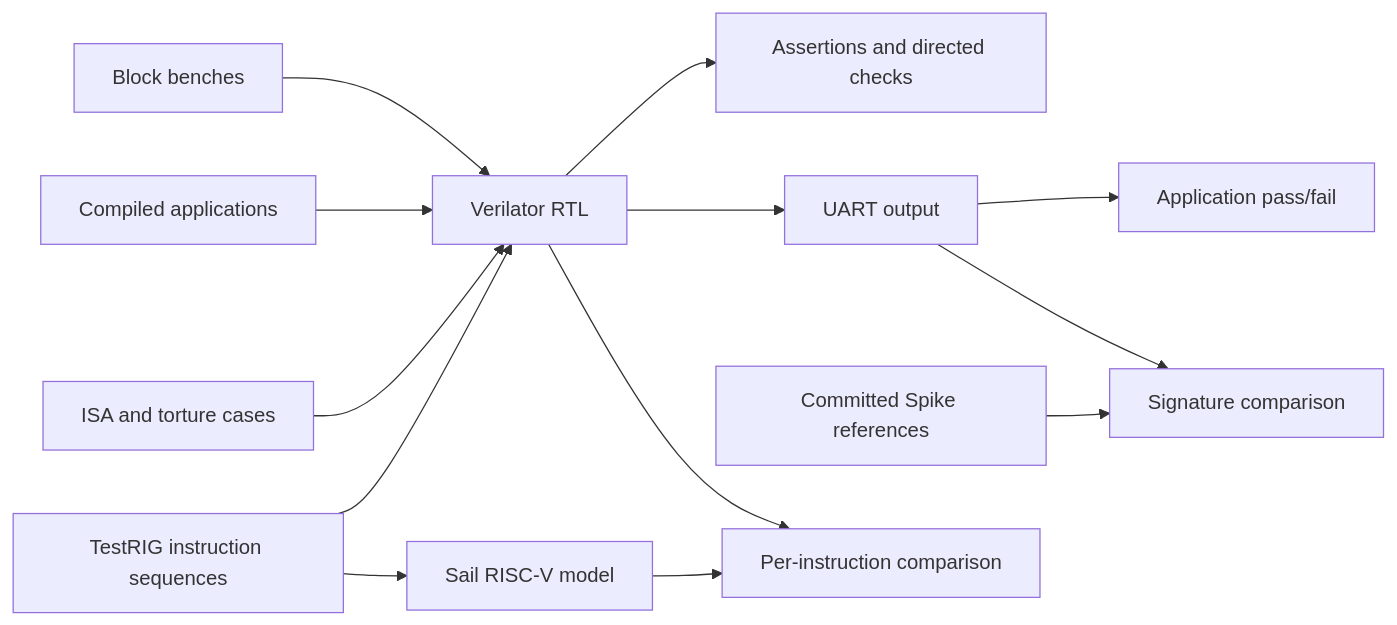
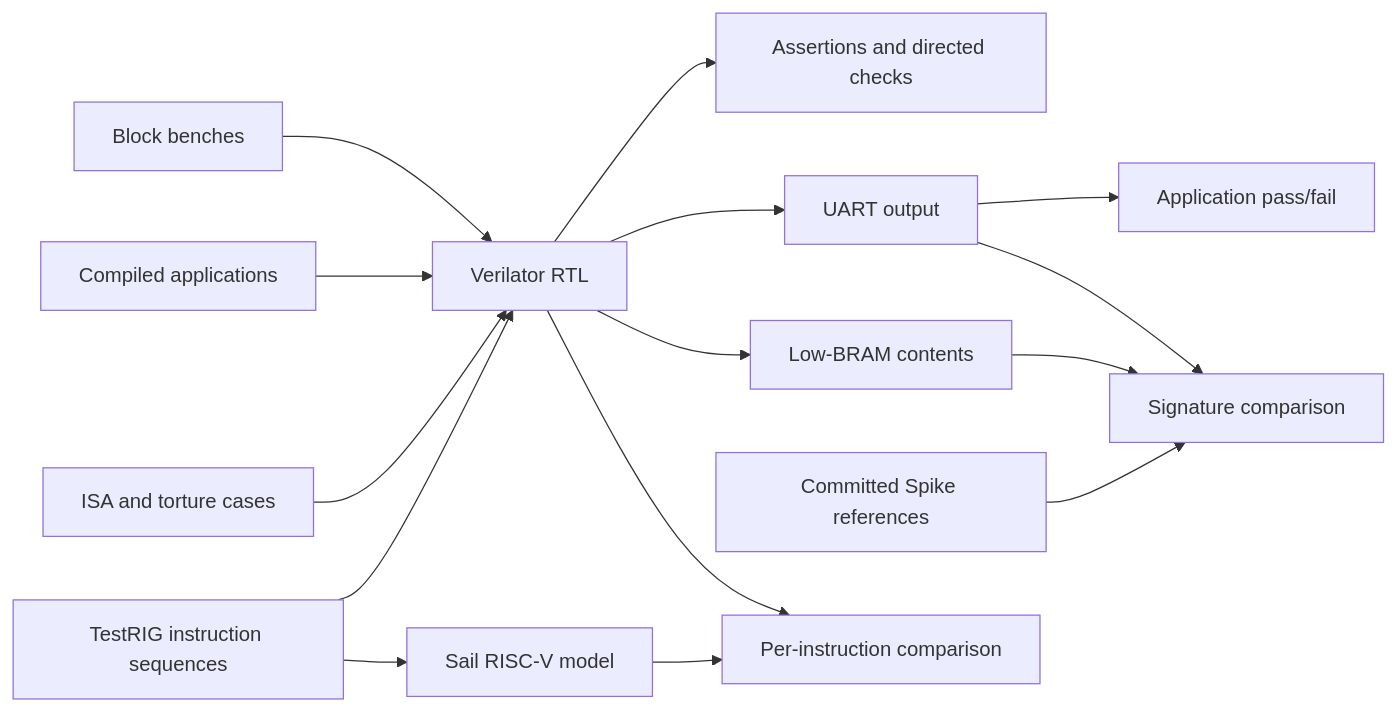
The diagram in verif/README.md (twosigma/frost), drawn with Mermaid before and after one commit. The commit also changed 14 other files, not shown here.

First line of the commit message:
arch_test: read signatures from low BRAM instead of the UART

````diff
--- a/verif/README.md
+++ b/verif/README.md
@@ -16,15 +16,17 @@
 ```mermaid
 flowchart LR
     Blocks[Block benches] --> RTL[Verilator RTL]
     Programs[Compiled applications] --> RTL
     ISA[ISA and torture cases] --> RTL
     RTL --> Checks[Assertions and directed checks]
     RTL --> UART[UART output]
+    RTL --> Memory[Low-BRAM contents]
     UART --> Pass[Application pass/fail]
     UART --> Signatures[Signature comparison]
+    Memory --> Signatures
     Spike[Committed Spike references] --> Signatures
     Engine[TestRIG instruction sequences] --> RTL
     Engine --> Sail[Sail RISC-V model]
     RTL --> Compare[Per-instruction comparison]
     Sail --> Compare
 ```
````
